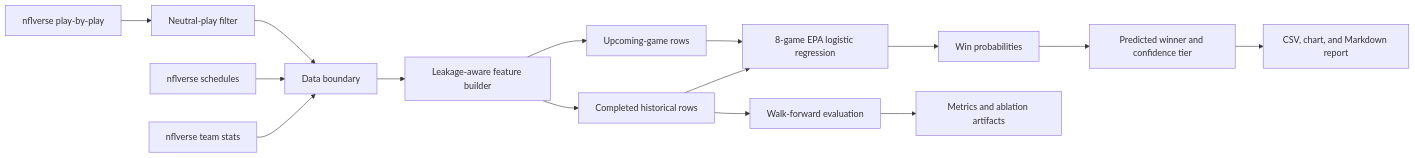
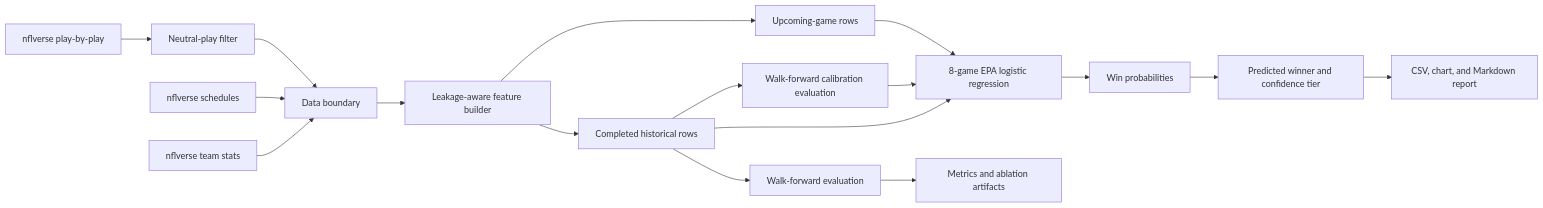
Before and after one commit to evanperkins7/NFLPredictor: the diagram in docs/architecture.md, drawn with Mermaid. The commit also changed 5 other files, not shown here.

````diff
--- a/docs/architecture.md
+++ b/docs/architecture.md
@@ -7,17 +7,19 @@
 ```mermaid
 flowchart LR
     A["nflverse team stats"] --> C["Data boundary"]
     B["nflverse schedules"] --> C
     N["nflverse play-by-play"] --> P["Neutral-play filter"]
     P --> C
     C --> D["Leakage-aware feature builder"]
     D --> E["Completed historical rows"]
     D --> F["Upcoming-game rows"]
     E --> G["8-game EPA logistic regression"]
+    E --> M["Walk-forward calibration evaluation"]
+    M --> G
     G --> H["Win probabilities"]
     F --> G
     H --> I["Predicted winner and confidence tier"]
     I --> J["CSV, chart, and Markdown report"]
     E --> K["Walk-forward evaluation"]
     K --> L["Metrics and ablation artifacts"]
 ```
````
